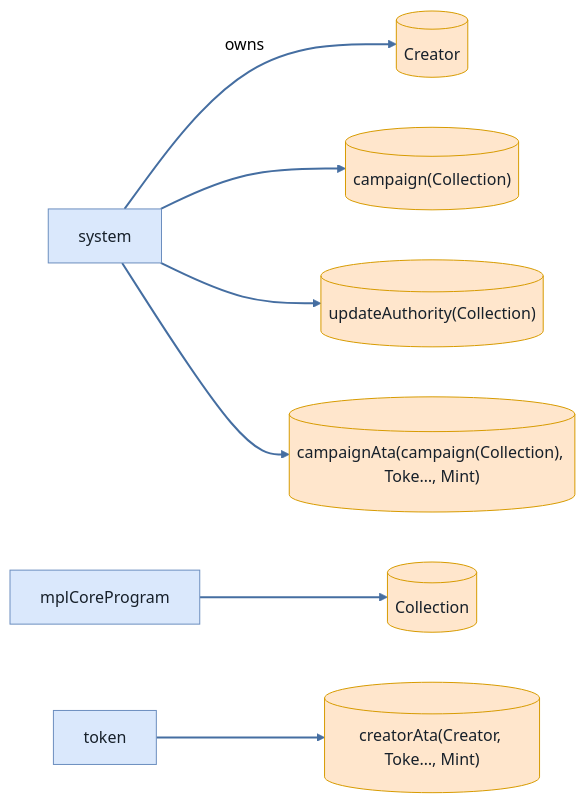
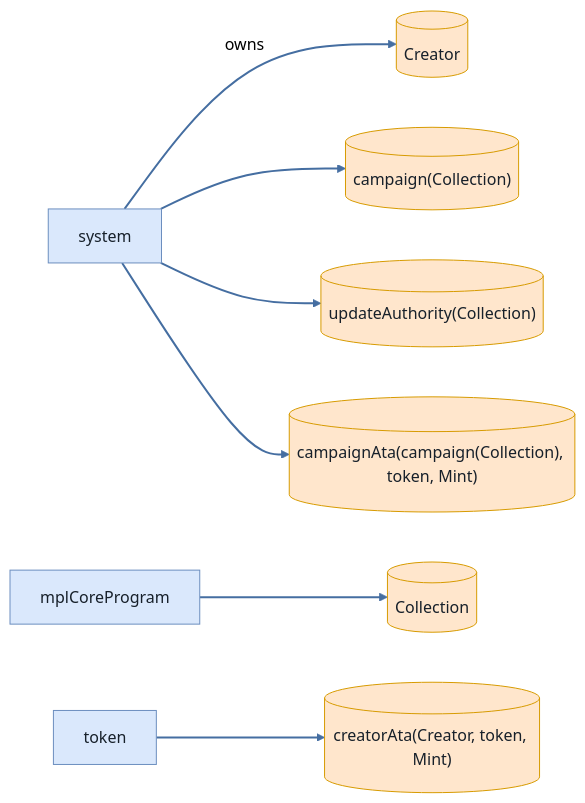
Before and after one commit to cds-turbin3/vesting-position: the sixth of 6 diagrams in babelfish-tests/test-report/cancel_campaign_returns_deposit_and_closes_accounts.md, drawn with Mermaid (neutral theme). The commit also changed other lines of this file and 104 other files, not shown here.

````diff
--- a/babelfish-tests/test-report/cancel_campaign_returns_deposit_and_closes_accounts.md
+++ b/babelfish-tests/test-report/cancel_campaign_returns_deposit_and_closes_accounts.md
@@ -263,22 +263,22 @@
 ```mermaid
 flowchart LR
     system["system"]:::program
     Creator[("Creator")]:::state
     campaignCollection[("campaign(Collection)")]:::state
     mplCoreProgram["mplCoreProgram"]:::program
     Collection[("Collection")]:::state
     updateAuthorityCollection[("updateAuthority(Collection)")]:::state
-    campaignAtacampaignCollectionTokeMint[("campaignAta(campaign(Collection), Toke…, Mint)")]:::state
+    campaignAtacampaignCollectiontokenMint[("campaignAta(campaign(Collection), token, Mint)")]:::state
     token["token"]:::program
-    creatorAtaCreatorTokeMint[("creatorAta(Creator, Toke…, Mint)")]:::state
+    creatorAtaCreatortokenMint[("creatorAta(Creator, token, Mint)")]:::state
     system -->|owns| Creator
     system --> campaignCollection
     mplCoreProgram --> Collection
     system --> updateAuthorityCollection
-    system --> campaignAtacampaignCollectionTokeMint
-    token --> creatorAtaCreatorTokeMint
+    system --> campaignAtacampaignCollectiontokenMint
+    token --> creatorAtaCreatortokenMint
     classDef program fill:#dae8fc,stroke:#6c8ebf,color:#17202a;
     classDef signer fill:#d5e8d4,stroke:#82b366,color:#17202a;
     classDef state fill:#ffe6cc,stroke:#d79b00,color:#17202a;
     linkStyle 0,1,2,3,4,5 stroke:#456ea1,stroke-width:2px
 ```
````
